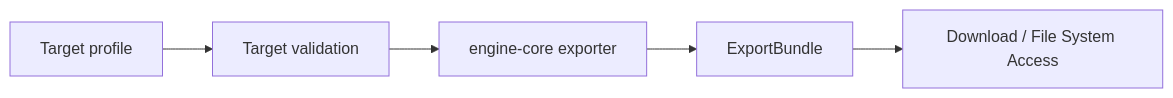
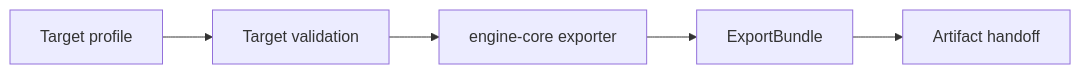
The second of 2 diagrams in docs/architecture/rendering-assets-export.md (sigee-min/Ashfox), drawn with Mermaid before and after one commit. The commit also changed other lines of this file and 159 other files, not shown here.

````diff
--- a/docs/architecture/rendering-assets-export.md
+++ b/docs/architecture/rendering-assets-export.md
@@ -79,7 +114,7 @@
 ```mermaid
 flowchart LR
     Request["Target profile"] --> Validate["Target validation"]
     Validate --> Exporter["engine-core exporter"]
     Exporter --> Bundle["ExportBundle"]
-    Bundle --> Materialize["Download / File System Access"]
+    Bundle --> Materialize["Artifact handoff"]
 ```
````
